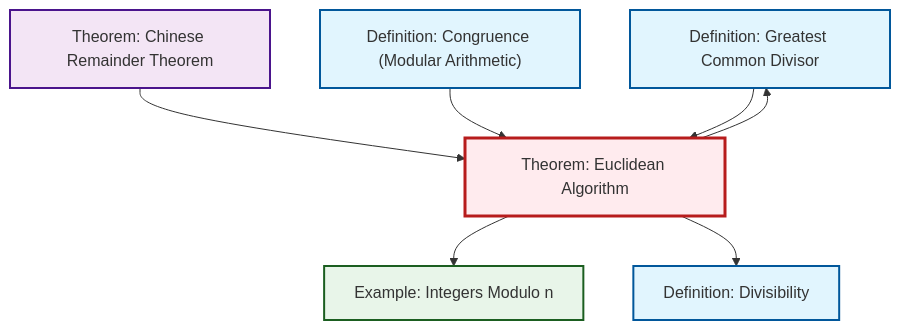
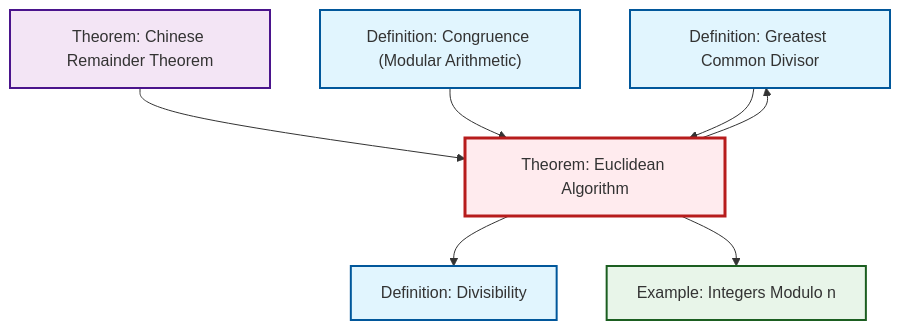
One commit to RK0429/ModernMath changed the second of 2 diagrams in content/en/number-theory/thm-euclidean-algorithm.qmd. Above: the diagram before and after it, drawn with Mermaid. The commit also changed other lines of this file and 634 other files, not shown here.

````diff
--- a/content/en/number-theory/thm-euclidean-algorithm.qmd
+++ b/content/en/number-theory/thm-euclidean-algorithm.qmd
@@ -95,27 +95,27 @@
 ```{mermaid}
 %%| fig-cap: "Local dependency graph"
 graph TD
     classDef definition fill:#e1f5fe,stroke:#01579b,stroke-width:2px
     classDef theorem fill:#f3e5f5,stroke:#4a148c,stroke-width:2px
     classDef axiom fill:#fff3e0,stroke:#e65100,stroke-width:2px
     classDef example fill:#e8f5e9,stroke:#1b5e20,stroke-width:2px
     classDef current fill:#ffebee,stroke:#b71c1c,stroke-width:3px
-    def-divisibility["Definition: Divisibility"]:::definition
     def-gcd["Definition: Greatest Common Divisor"]:::definition
     def-congruence["Definition: Congruence (Modular Arithmetic)"]:::definition
+    def-divisibility["Definition: Divisibility"]:::definition
+    thm-chinese-remainder["Theorem: Chinese Remainder Theorem"]:::theorem
+    ex-quotient-integers-mod-n["Example: Integers Modulo n"]:::example
     thm-euclidean-algorithm["Theorem: Euclidean Algorithm"]:::theorem
-    ex-quotient-integers-mod-n["Example: Integers Modulo n"]:::example
-    thm-chinese-remainder["Theorem: Chinese Remainder Theorem"]:::theorem
+    thm-euclidean-algorithm --> def-divisibility
     thm-chinese-remainder --> thm-euclidean-algorithm
     def-congruence --> thm-euclidean-algorithm
+    def-gcd --> thm-euclidean-algorithm
     thm-euclidean-algorithm --> def-gcd
-    def-gcd --> thm-euclidean-algorithm
     thm-euclidean-algorithm --> ex-quotient-integers-mod-n
-    thm-euclidean-algorithm --> def-divisibility
     class thm-euclidean-algorithm current
-    click def-divisibility "def-divisibility.html" "Go to Divisibility definition"
     click def-gcd "def-gcd.html" "Go to Greatest Common Divisor definition"
     click def-congruence "def-congruence.html" "Go to Congruence (Modular Arithmetic) definition"
+    click def-divisibility "def-divisibility.html" "Go to Divisibility definition"
+    click thm-chinese-remainder "thm-chinese-remainder.html" "Go to Chinese Remainder Theorem theorem"
     click ex-quotient-integers-mod-n "ex-quotient-integers-mod-n.html" "Go to Integers Modulo n example"
-    click thm-chinese-remainder "thm-chinese-remainder.html" "Go to Chinese Remainder Theorem theorem"
 ```
````
